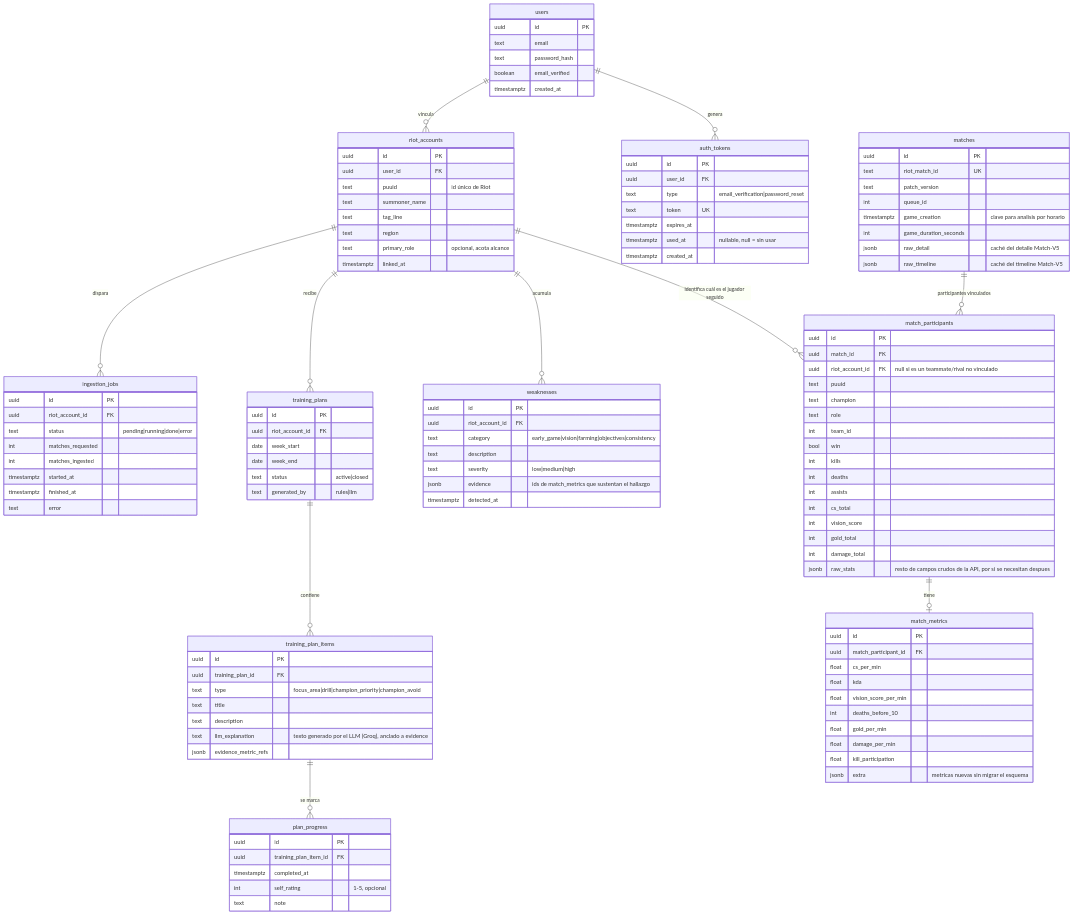
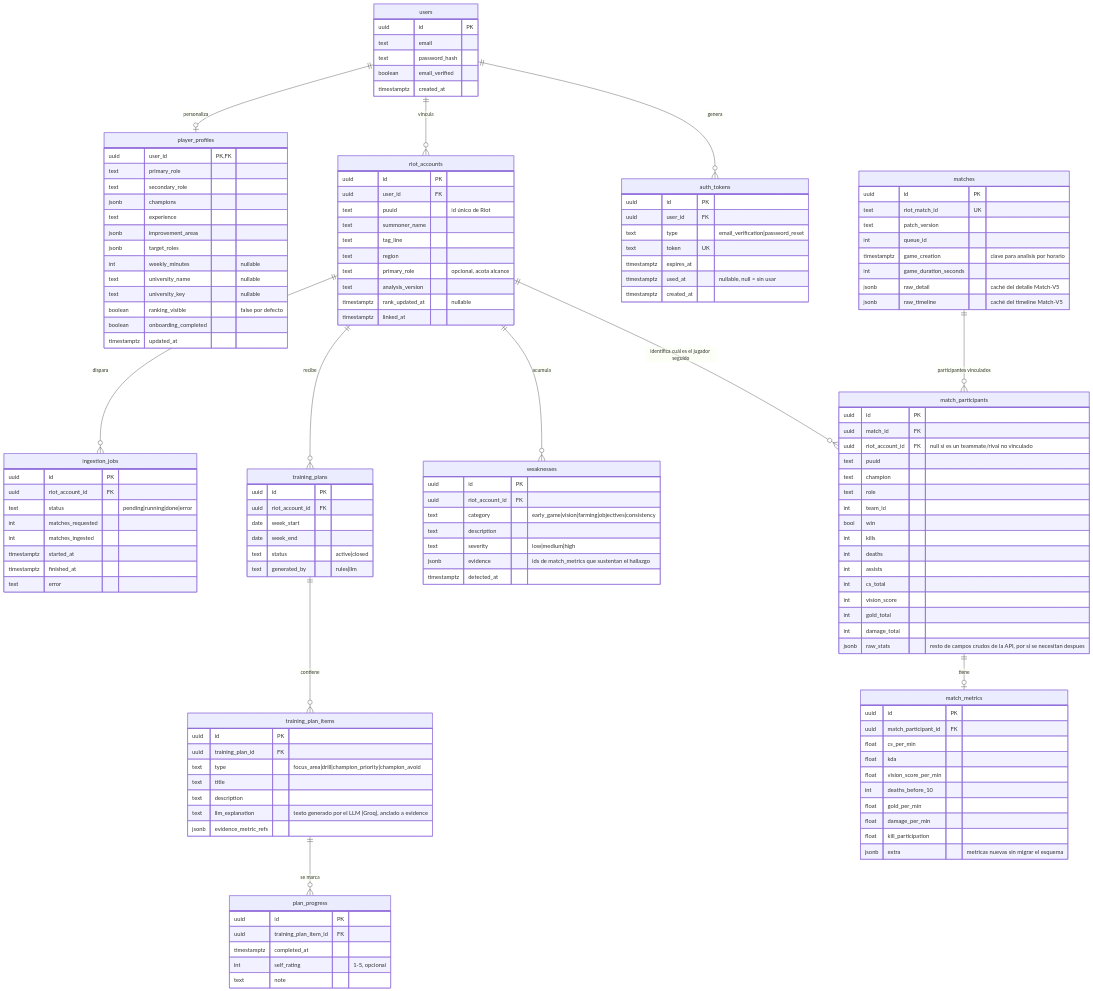
The diagram in docs/modelo-entidad-relacion.md (erickm13/lol-performance-coach), drawn with Mermaid before and after one commit. The commit also changed other lines of this file and 74 other files, not shown here.

````diff
--- a/docs/modelo-entidad-relacion.md
+++ b/docs/modelo-entidad-relacion.md
@@ -7,5 +7,6 @@
 ```mermaid
 erDiagram
+    users ||--o| player_profiles : "personaliza"
     users ||--o{ riot_accounts : "vincula"
     users ||--o{ auth_tokens : "genera"
     riot_accounts ||--o{ ingestion_jobs : "dispara"
@@ -24,6 +25,21 @@
         boolean email_verified
         timestamptz created_at
     }
+    player_profiles {
+        uuid user_id PK,FK
+        text primary_role
+        text secondary_role
+        jsonb champions
+        text experience
+        jsonb improvement_areas
+        jsonb target_roles
+        int weekly_minutes "nullable"
+        text university_name "nullable"
+        text university_key "nullable"
+        boolean ranking_visible "false por defecto"
+        boolean onboarding_completed
+        timestamptz updated_at
+    }
     auth_tokens {
         uuid id PK
         uuid user_id FK
@@ -41,6 +57,8 @@
         text tag_line
         text region
         text primary_role "opcional, acota alcance"
+        text analysis_version
+        timestamptz rank_updated_at "nullable"
         timestamptz linked_at
     }
     ingestion_jobs {
````
